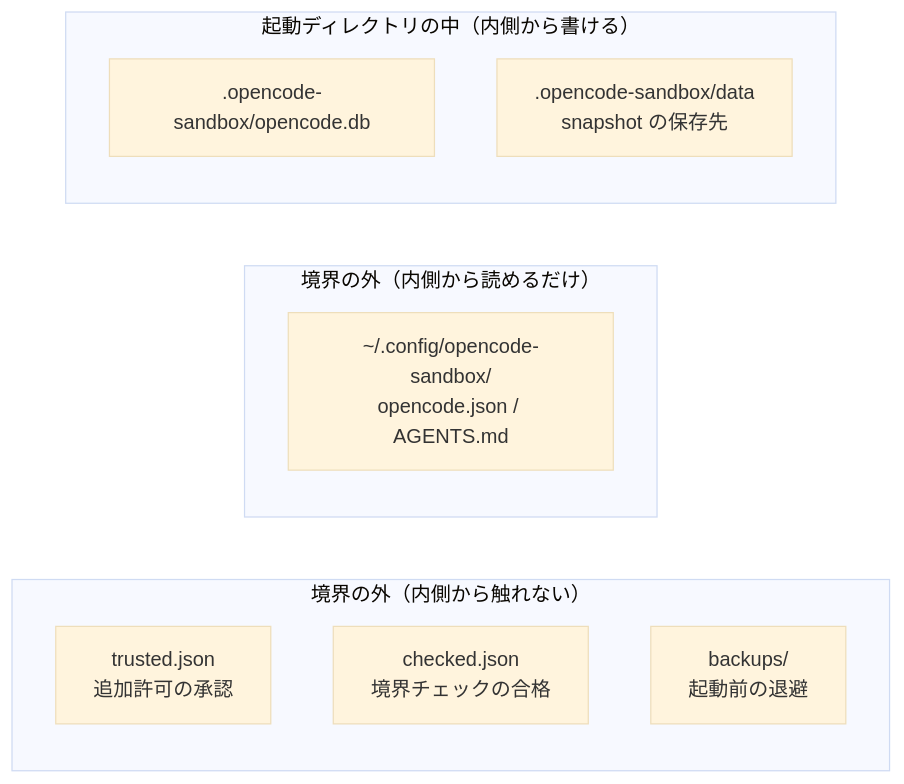
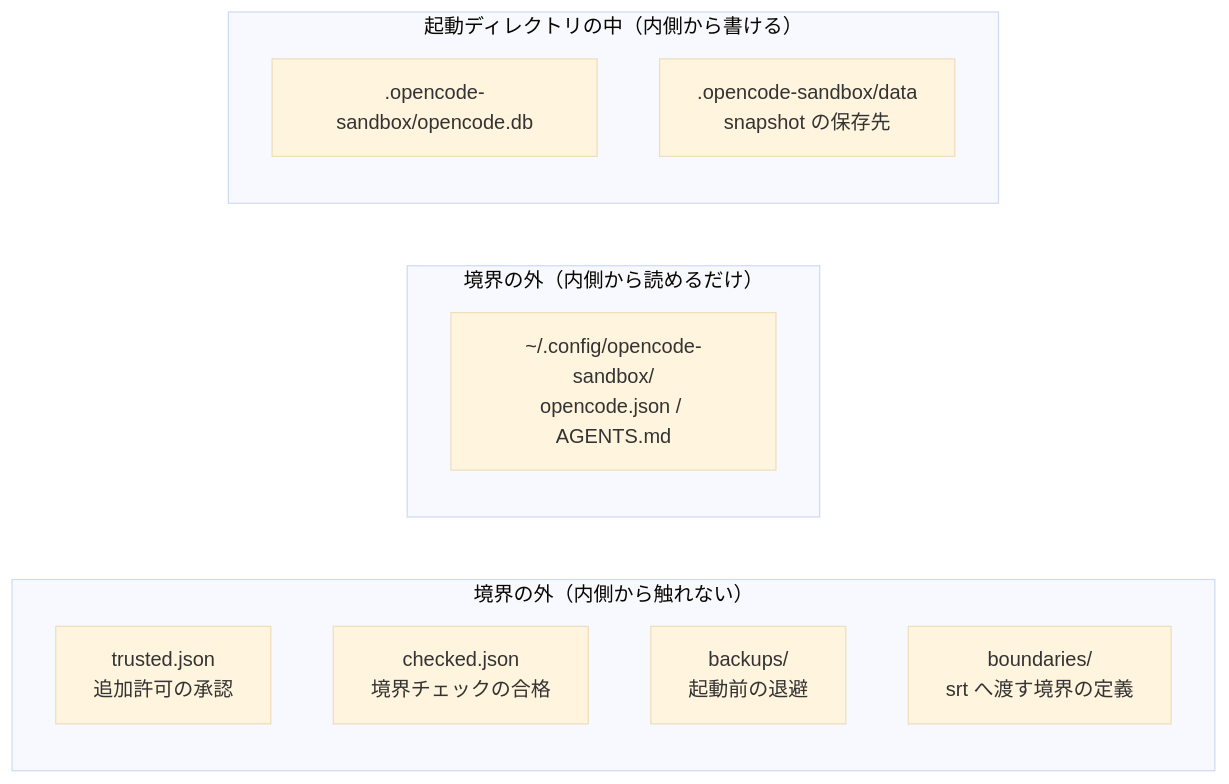
One commit to applejxd/dotfiles changed the third of 4 diagrams in docs/spec/opencode-sandbox.md. Above: the diagram before and after it, drawn with Mermaid (base theme). The commit also changed other lines of this file and 5 other files, not shown here.

````diff
--- a/docs/spec/opencode-sandbox.md
+++ b/docs/spec/opencode-sandbox.md
@@ -160,15 +160,16 @@
 ```mermaid
 flowchart LR
     subgraph outside["境界の外（内側から触れない）"]
         TRUSTED["trusted.json<br>追加許可の承認"]
         CHECKED["checked.json<br>境界チェックの合格"]
         BACKUPS["backups/<br>起動前の退避"]
+        BOUNDARIES["boundaries/<br>srt へ渡す境界の定義"]
     end
     subgraph readonly["境界の外（内側から読めるだけ）"]
         SBCFG["~/.config/opencode-sandbox/<br>opencode.json / AGENTS.md"]
     end
     subgraph writable["起動ディレクトリの中（内側から書ける）"]
         DB[".opencode-sandbox/opencode.db"]
         DATA[".opencode-sandbox/data<br>snapshot の保存先"]
     end
 ```
````
